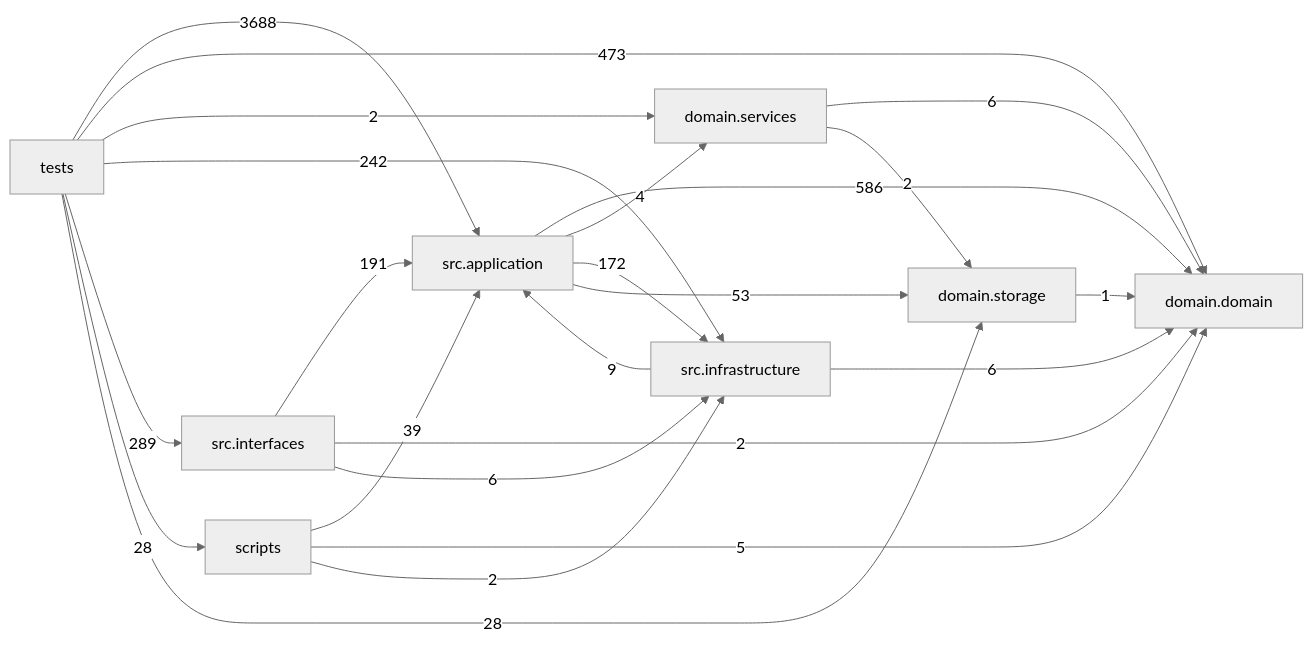
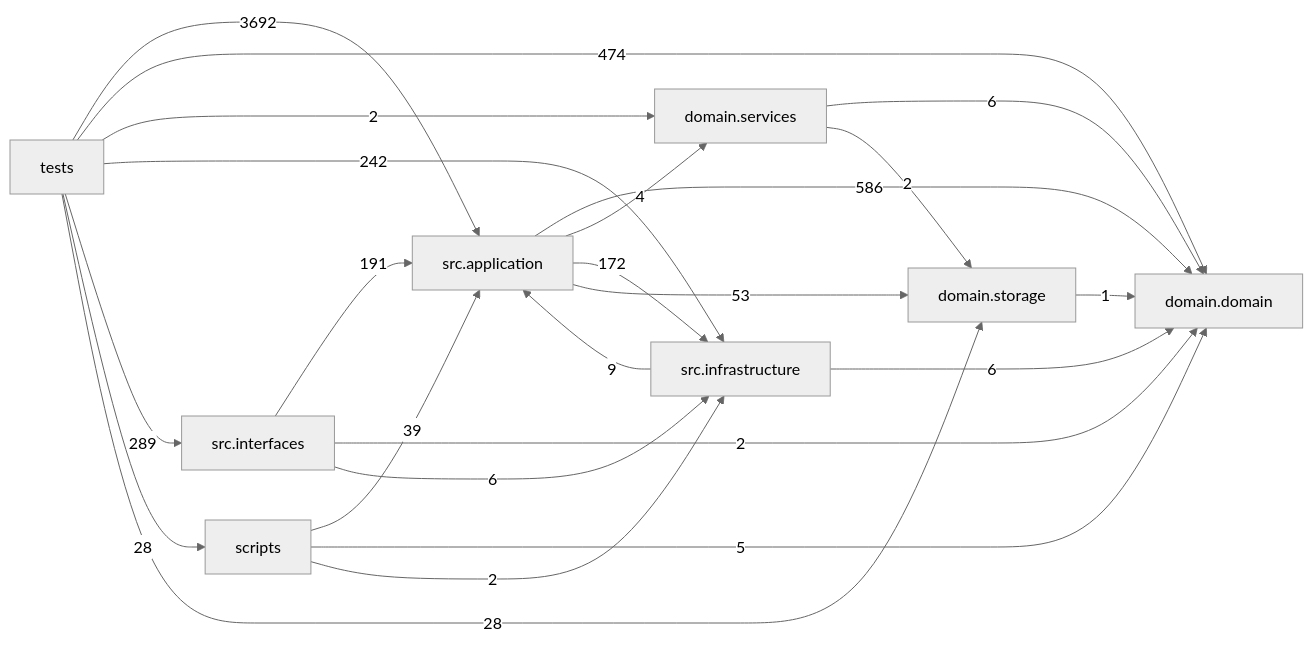
The diagram in docs/DEPENDENCY_GRAPH.md (liuxie066/options-monitor), drawn with Mermaid (neutral theme) before and after one commit. The commit also changed other lines of this file and 4 other files, not shown here.

````diff
--- a/docs/DEPENDENCY_GRAPH.md
+++ b/docs/DEPENDENCY_GRAPH.md
@@ -24,33 +24,33 @@
 ```mermaid
 flowchart LR
   tests["tests"]
   scripts["scripts"]
   interfaces["src.interfaces"]
   application["src.application"]
   infrastructure["src.infrastructure"]
   domain_services["domain.services"]
   domain["domain.domain"]
   storage["domain.storage"]
   application -->|586| domain
   application -->|4| domain_services
   application -->|172| infrastructure
   application -->|53| storage
   domain_services -->|6| domain
   domain_services -->|2| storage
   infrastructure -->|9| application
   infrastructure -->|6| domain
   interfaces -->|191| application
   interfaces -->|2| domain
   interfaces -->|6| infrastructure
   scripts -->|39| application
   scripts -->|5| domain
   scripts -->|2| infrastructure
   storage -->|1| domain
-  tests -->|3688| application
-  tests -->|473| domain
+  tests -->|3692| application
+  tests -->|474| domain
   tests -->|2| domain_services
   tests -->|242| infrastructure
   tests -->|289| interfaces
   tests -->|28| scripts
   tests -->|28| storage
 ```
````
